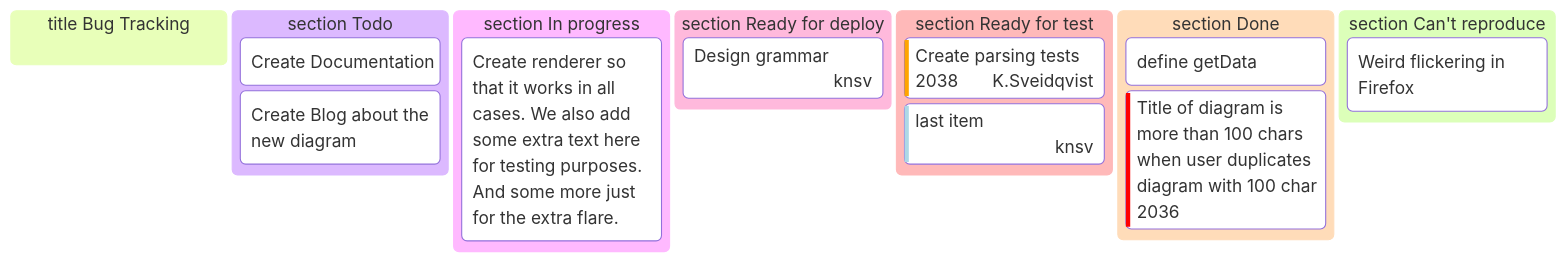
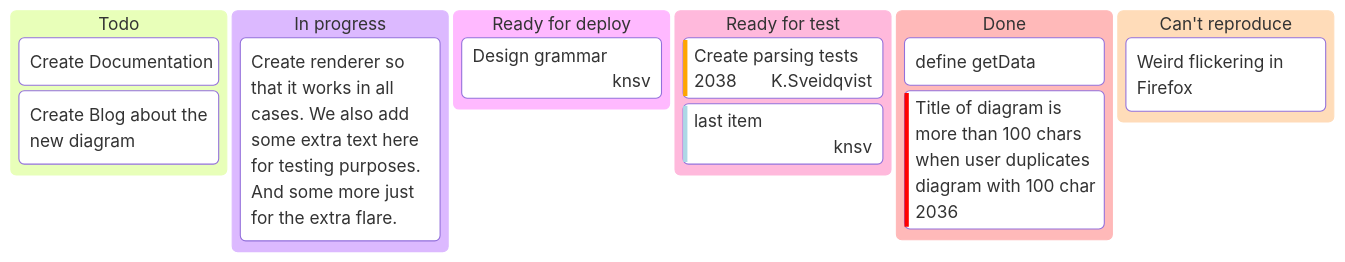
Before and after one commit to itohio/itohio.github.io: the third of 3 diagrams in blog/content/snippets/diagrams/mermaid-kanban.md, drawn with Mermaid. The commit also changed other lines of this file and 23 other files, not shown here.

Commit message:
fix(code,diagrams): pydantic v2, LangChain imports, CAP/Redlock, secure-coding examples, Mermaid syntax

````diff
--- a/blog/content/snippets/diagrams/mermaid-kanban.md
+++ b/blog/content/snippets/diagrams/mermaid-kanban.md
@@ -117,19 +112,18 @@
 ```mermaid
 kanban
-    title Bug Tracking
-    section Todo
+    todo[Todo]
         id1[Create Documentation]
         docs[Create Blog about the new diagram]
-    section In progress
+    doing[In progress]
         id6[Create renderer so that it works in all cases. We also add some extra text here for testing purposes. And some more just for the extra flare.]
-    section Ready for deploy
+    deploy[Ready for deploy]
         id8[Design grammar]@{ assigned: 'knsv' }
-    section Ready for test
+    test[Ready for test]
         id4[Create parsing tests]@{ ticket: 2038, assigned: 'K.Sveidqvist', priority: 'High' }
         id66[last item]@{ priority: 'Very Low', assigned: 'knsv' }
-    section Done
+    done[Done]
         id5[define getData]
         id2[Title of diagram is more than 100 chars when user duplicates diagram with 100 char]@{ ticket: 2036, priority: 'Very High'}
-    section Can't reproduce
+    cnr[Can't reproduce]
         id3[Weird flickering in Firefox]
 ```
````
